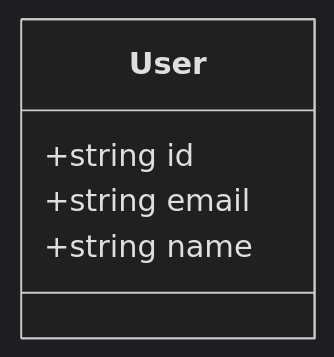
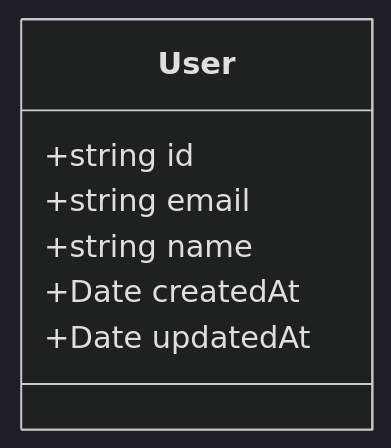
One commit to BelaSiemens/documate-test-target changed the diagram in docs/documate/diagrams/class-diagram.mmd. Above: the diagram before and after it, drawn with Mermaid (dark theme).

Commit message:
docs: update class_diagram

```diff
--- a/docs/documate/diagrams/class-diagram.mmd
+++ b/docs/documate/diagrams/class-diagram.mmd
@@ -1,6 +1,8 @@
 classDiagram
     class User {
         +string id
         +string email
         +string name
+        +Date createdAt
+        +Date updatedAt
     }
```
